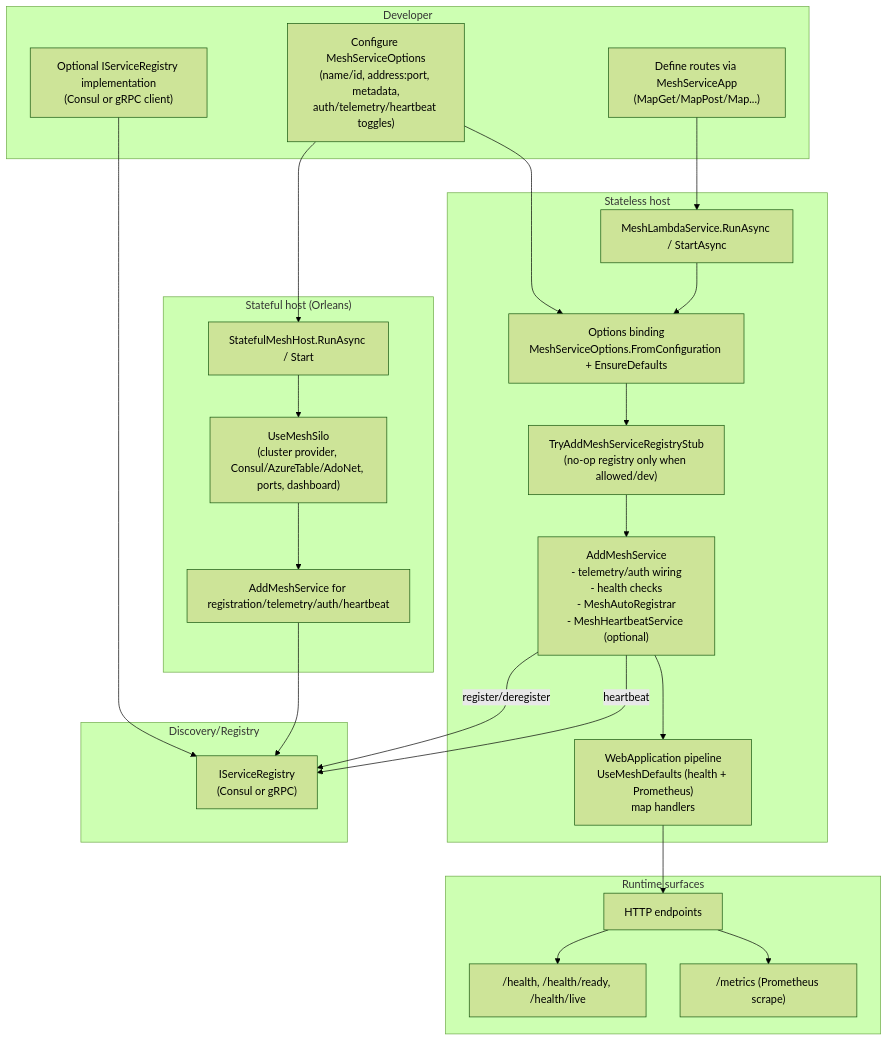
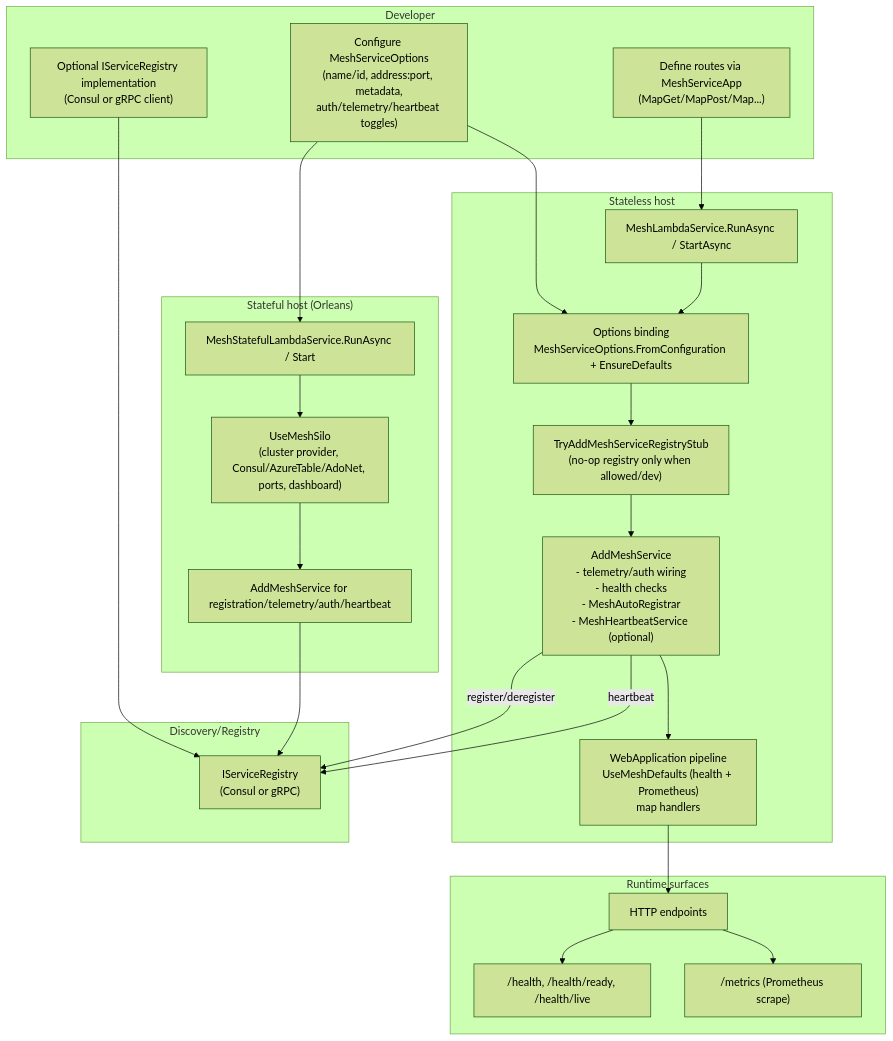
Before and after one commit to abstractivemachines/toska-mesh-cs: the diagram in docs/meshlambdaservice-diagram.md, drawn with Mermaid (forest theme). The commit also changed 19 other files, not shown here.

````diff
--- a/docs/meshlambdaservice-diagram.md
+++ b/docs/meshlambdaservice-diagram.md
@@ -3,44 +3,44 @@
 ```mermaid
 flowchart TD
     subgraph Developer
         D1["Define routes via MeshServiceApp\n(MapGet/MapPost/Map...)"]
         D2["Configure MeshServiceOptions\n(name/id, address:port, metadata,\nauth/telemetry/heartbeat toggles)"]
         D3["Optional IServiceRegistry implementation\n(Consul or gRPC client)"]
     end
 
     subgraph "Stateless host"
         S1["MeshLambdaService.RunAsync / StartAsync"]
         S2["Options binding\nMeshServiceOptions.FromConfiguration + EnsureDefaults"]
         S3["TryAddMeshServiceRegistryStub\n(no-op registry only when allowed/dev)"]
         S4["AddMeshService\n- telemetry/auth wiring\n- health checks\n- MeshAutoRegistrar\n- MeshHeartbeatService (optional)"]
         S5["WebApplication pipeline\nUseMeshDefaults (health + Prometheus)\nmap handlers"]
     end
 
     subgraph "Stateful host (Orleans)"
-        T1["StatefulMeshHost.RunAsync / Start"]
+        T1["MeshStatefulLambdaService.RunAsync / Start"]
         T2["UseMeshSilo\n(cluster provider, Consul/AzureTable/AdoNet, ports, dashboard)"]
         T3["AddMeshService for registration/telemetry/auth/heartbeat"]
     end
 
     subgraph "Runtime surfaces"
         R1["HTTP endpoints"]
         R2["/health, /health/ready, /health/live"]
         R3["/metrics (Prometheus scrape)"]
     end
 
     subgraph "Discovery/Registry"
         Reg["IServiceRegistry\n(Consul or gRPC)"]
     end
 
     D1 --> S1
     D2 --> S2
     D2 --> T1
     D3 --> Reg
     S1 --> S2 --> S3 --> S4 --> S5 --> R1
     T1 --> T2 --> T3
     R1 --> R2
     R1 --> R3
     S4 -->|register/deregister| Reg
     S4 -->|heartbeat| Reg
     T3 --> Reg
 ```
````
